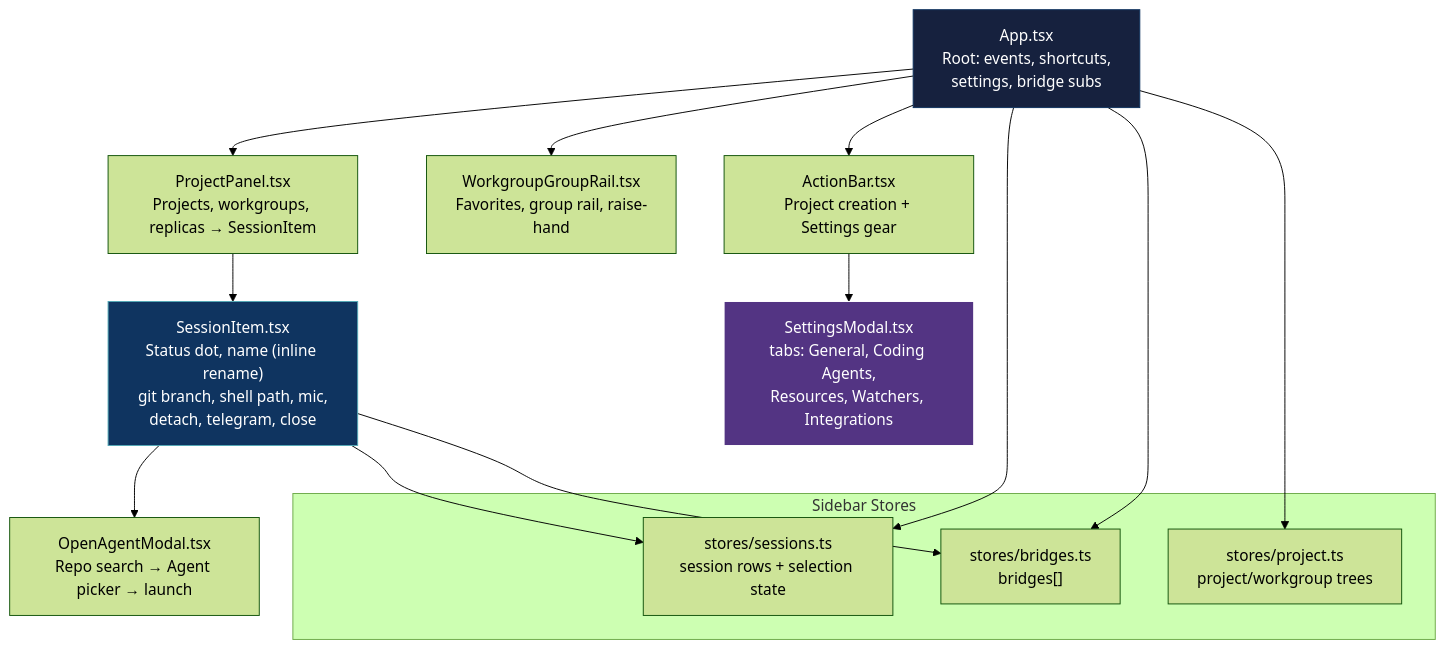
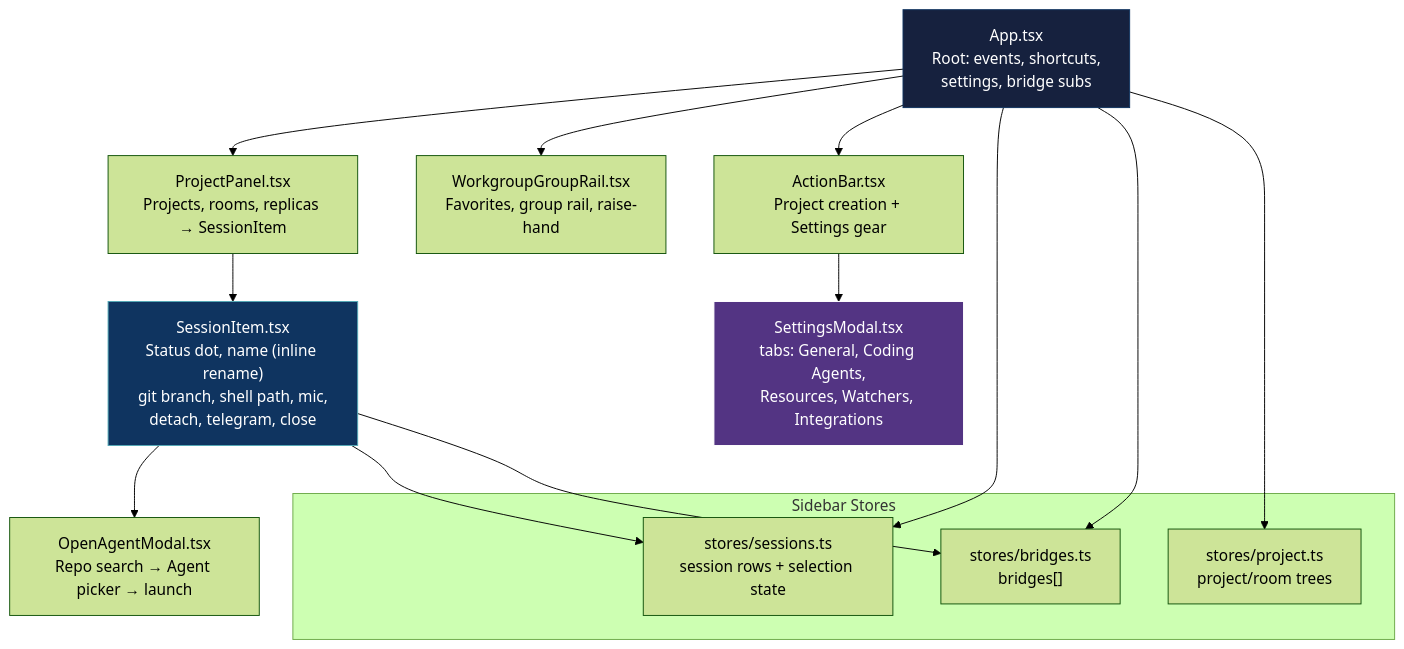
One commit to mblua/AgentsCommander changed the third of 14 diagrams in docs/reference/architecture.md. Above: the diagram before and after it, drawn with Mermaid (forest theme). The commit also changed other lines of this file and 72 other files, not shown here.

````diff
--- a/docs/reference/architecture.md
+++ b/docs/reference/architecture.md
@@ -211,29 +211,29 @@
 ```mermaid
 graph TD
     MA["App.tsx<br/>Root: events, shortcuts,<br/>settings, bridge subs"]
 
-    MA --> PP["ProjectPanel.tsx<br/>Projects, workgroups, replicas → SessionItem"]
+    MA --> PP["ProjectPanel.tsx<br/>Projects, rooms, replicas → SessionItem"]
     MA --> WR["WorkgroupGroupRail.tsx<br/>Favorites, group rail, raise-hand"]
     MA --> AB["ActionBar.tsx<br/>Project creation + Settings gear"]
 
     PP --> SI["SessionItem.tsx<br/>Status dot, name (inline rename)<br/>git branch, shell path, mic,<br/>detach, telegram, close"]
 
     AB --> SM["SettingsModal.tsx<br/>tabs: General, Coding Agents,<br/>Resources, Watchers, Integrations"]
     SI --> OA["OpenAgentModal.tsx<br/>Repo search → Agent picker → launch"]
 
     subgraph "Sidebar Stores"
         SS["stores/sessions.ts<br/>session rows + selection state"]
         BS["stores/bridges.ts<br/>bridges[]"]
-        PS["stores/project.ts<br/>project/workgroup trees"]
+        PS["stores/project.ts<br/>project/room trees"]
     end
 
     MA --> SS
     MA --> BS
     MA --> PS
     SI --> SS
     SI --> BS
 
     style MA fill:#16213e,stroke:#0f3460,color:#fff
     style SM fill:#533483,stroke:#fff,color:#fff
     style SI fill:#0f3460,stroke:#53a8b6,color:#fff
 ```
````
